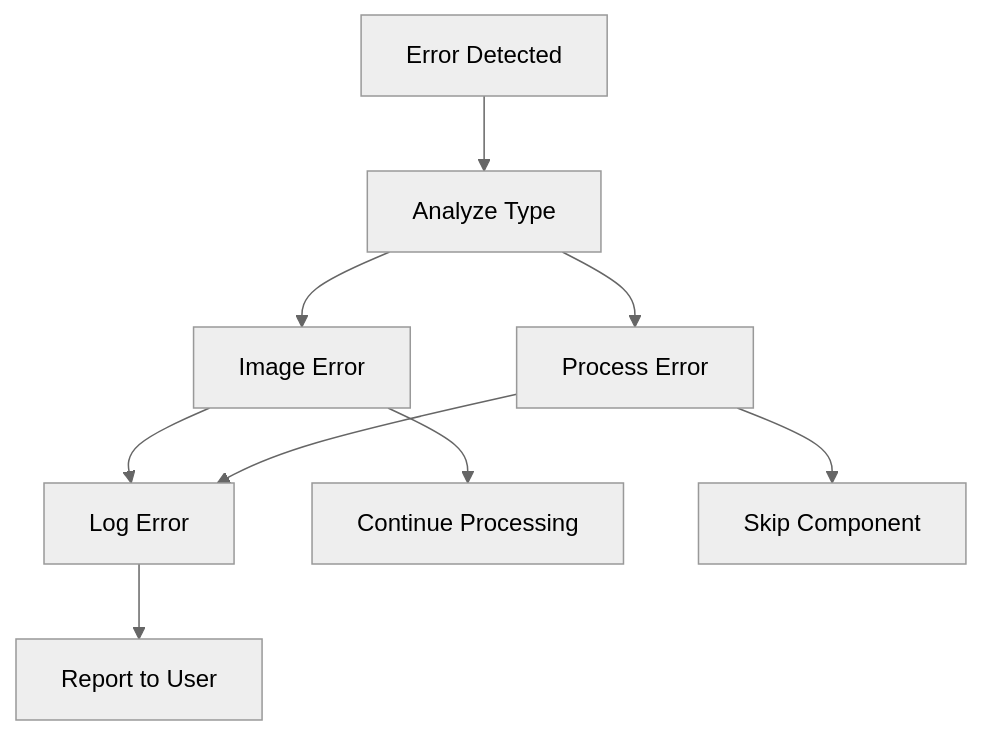
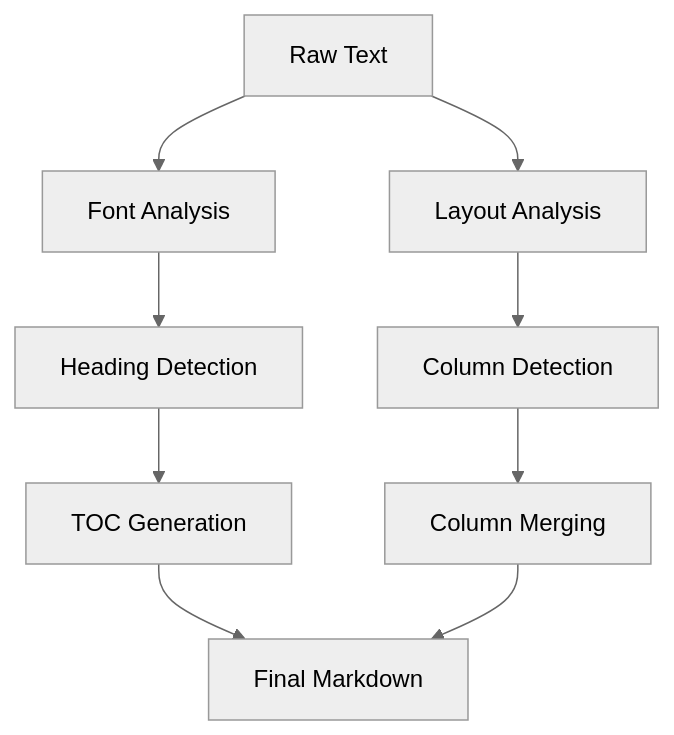
The third of 3 diagrams in memory-bank/systemPatterns.md (Shades-24/pdf2md-core), drawn with Mermaid (neutral theme) before and after one commit. The commit also changed other lines of this file, not shown here.

Commit message:
Updated system patterns with improved image processing architecture

````diff
--- a/memory-bank/systemPatterns.md
+++ b/memory-bank/systemPatterns.md
@@ -101,11 +39,11 @@
-   ```mermaid
-   flowchart TD
-     Error[Error Detected] --> Analyze[Analyze Type]
-     Analyze --> Image[Image Error]
-     Analyze --> Process[Process Error]
-     Image --> Log[Log Error]
-     Image --> Continue[Continue Processing]
-     Process --> Log
-     Process --> Skip[Skip Component]
-     Log --> Report[Report to User]
-   ```
+```mermaid
+flowchart TD
+    Text[Raw Text] --> Fonts[Font Analysis]
+    Text --> Layout[Layout Analysis]
+    Fonts --> Headings[Heading Detection]
+    Layout --> Columns[Column Detection]
+    Headings --> TOC[TOC Generation]
+    Columns --> Merge[Column Merging]
+    TOC --> Final[Final Markdown]
+    Merge --> Final
+```
````
